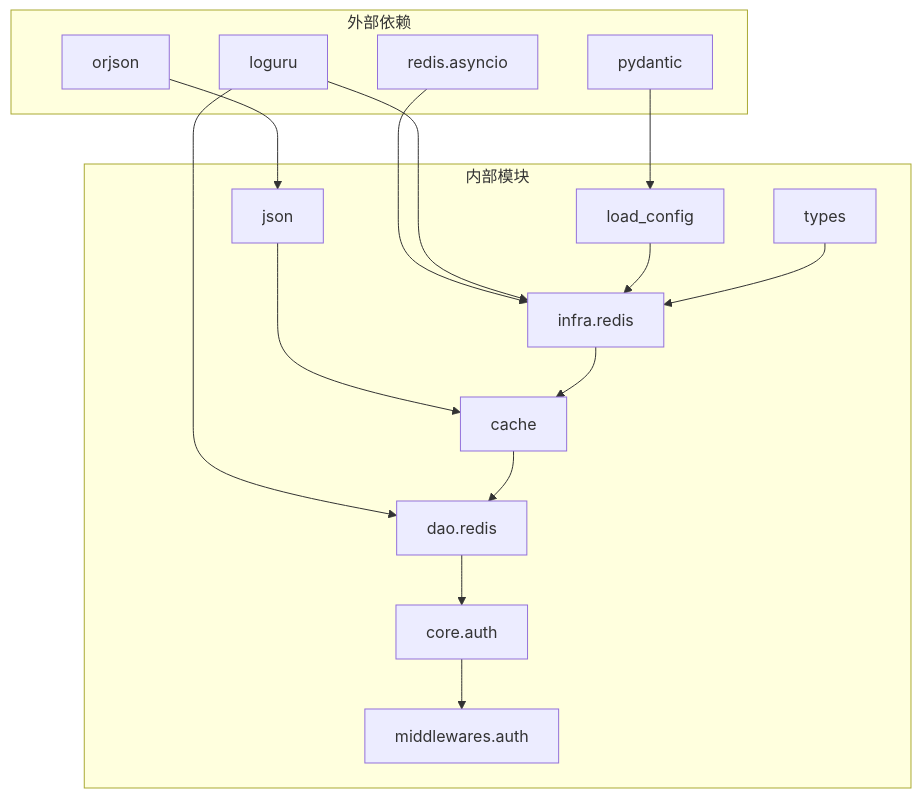
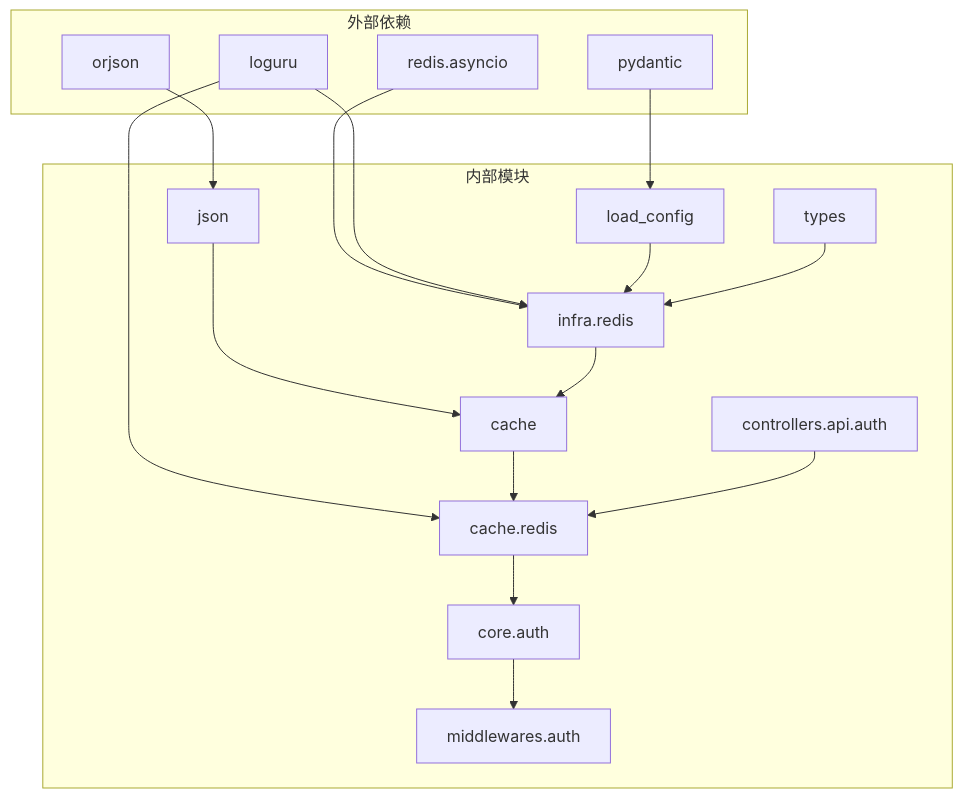
One commit to lilinzezzzzzz/fastapi-backend changed the eighth of 8 diagrams in .qoder/repowiki/zh/content/数据访问层/Redis数据访问对象.md. Above: the diagram before and after it, drawn with Mermaid. The commit also changed other lines of this file and 38 other files, not shown here.

````diff
--- a/.qoder/repowiki/zh/content/数据访问层/Redis数据访问对象.md
+++ b/.qoder/repowiki/zh/content/数据访问层/Redis数据访问对象.md
@@ -358,31 +376,33 @@
 ```mermaid
 graph TB
 subgraph "外部依赖"
 REDIS[redis.asyncio]
 ORJSON[orjson]
 PYDANTIC[pydantic]
 LOGURU[loguru]
 end
 subgraph "内部模块"
 LOAD_CONFIG[load_config]
 TYPES[types]
 JSON_TOOLKIT[json]
 CACHE_CLIENT[cache]
 REDIS_INFRA[infra.redis]
-DAO_REDIS[dao.redis]
+DAO_REDIS[cache.redis]
 AUTH_CORE[core.auth]
 AUTH_MIDDLEWARE[middlewares.auth]
+AUTH_CONTROLLER[controllers.api.auth]
 end
 REDIS --> REDIS_INFRA
 ORJSON --> JSON_TOOLKIT
 PYDANTIC --> LOAD_CONFIG
 LOGURU --> REDIS_INFRA
 LOGURU --> DAO_REDIS
 LOAD_CONFIG --> REDIS_INFRA
 TYPES --> REDIS_INFRA
 JSON_TOOLKIT --> CACHE_CLIENT
 REDIS_INFRA --> CACHE_CLIENT
 CACHE_CLIENT --> DAO_REDIS
 DAO_REDIS --> AUTH_CORE
 AUTH_CORE --> AUTH_MIDDLEWARE
+AUTH_CONTROLLER --> DAO_REDIS
 ```
````
